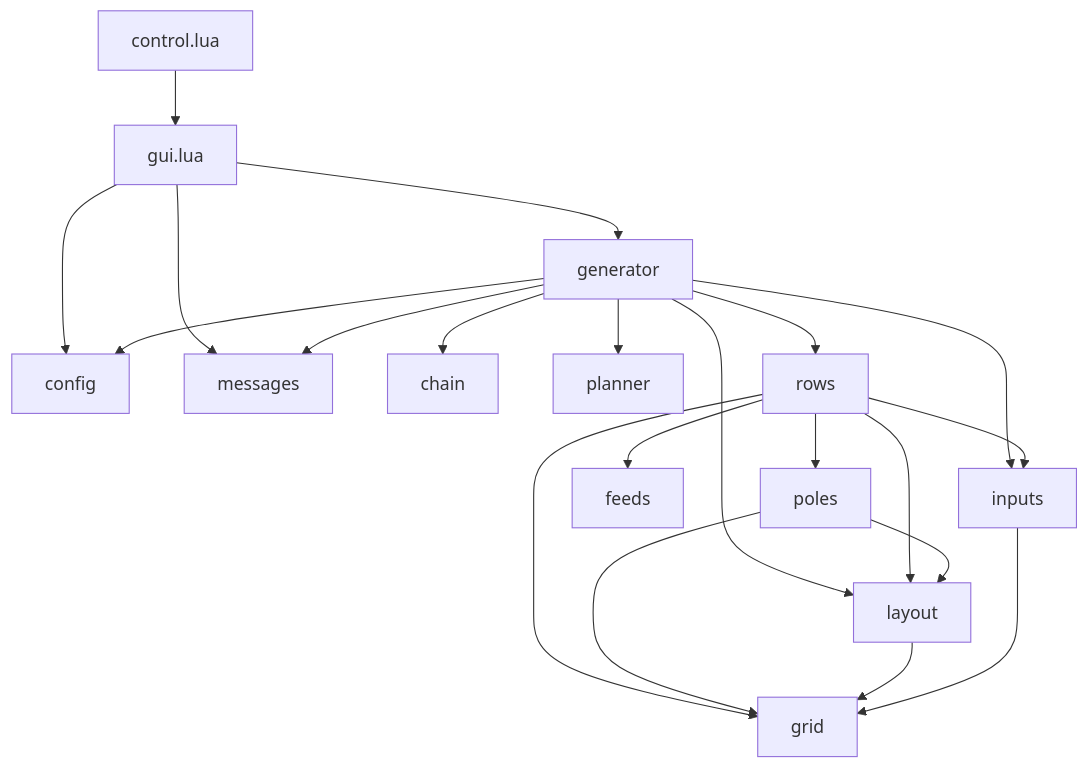
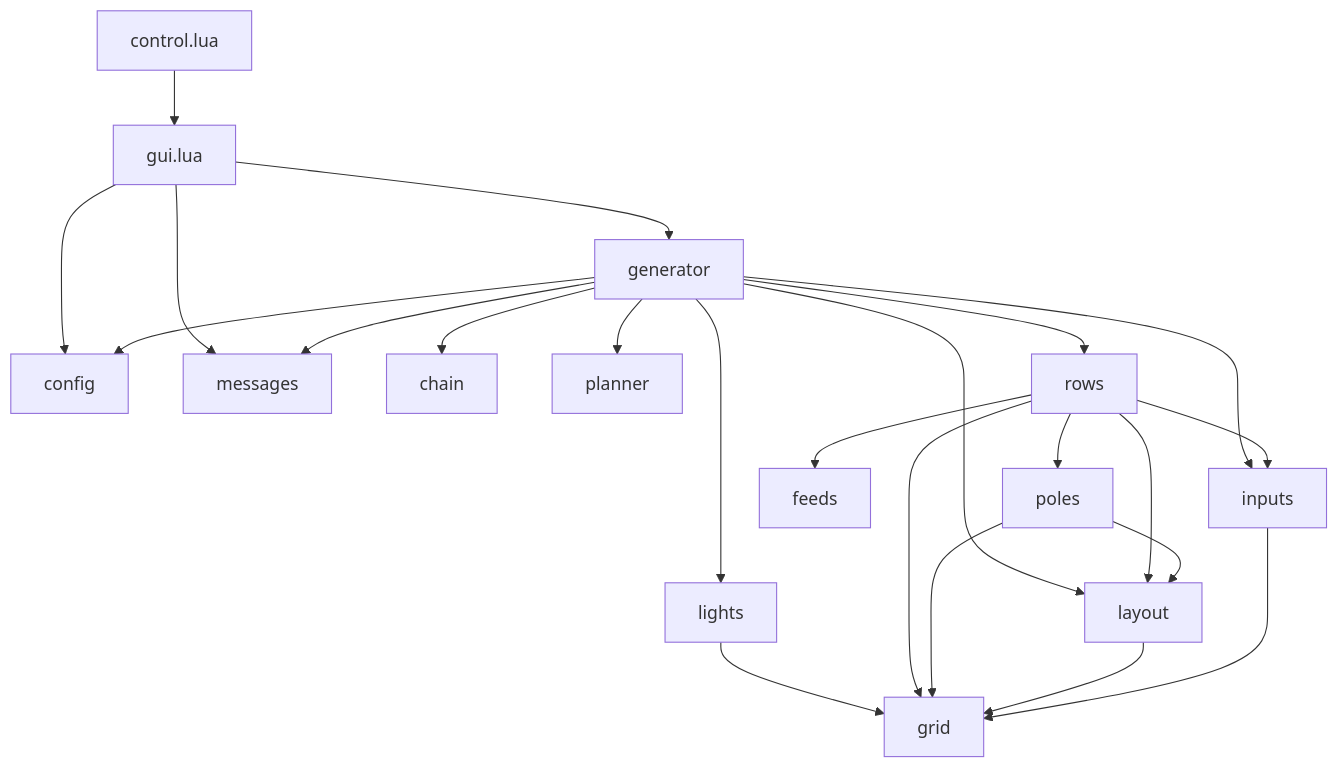
One commit to RibbonedAce/factorio-blueprint-generation changed the second of 5 diagrams in TYPES.md. Above: the diagram before and after it, drawn with Mermaid. The commit also changed other lines of this file and 10 other files, not shown here.

````diff
--- a/TYPES.md
+++ b/TYPES.md
@@ -50,23 +52,25 @@
 ```mermaid
 flowchart TD
   control["control.lua"] --> gui["gui.lua"]
   gui --> generator
   gui --> config
   gui --> messages
   generator --> config
   generator --> chain
   generator --> planner
   generator --> layout
   generator --> inputs
   generator --> rows
+  generator --> lights
   generator --> messages
+  lights --> grid
   rows --> feeds
   rows --> inputs
   rows --> layout
   rows --> poles
   rows --> grid
   poles --> layout
   poles --> grid
   layout --> grid
   inputs --> grid
 ```
````
